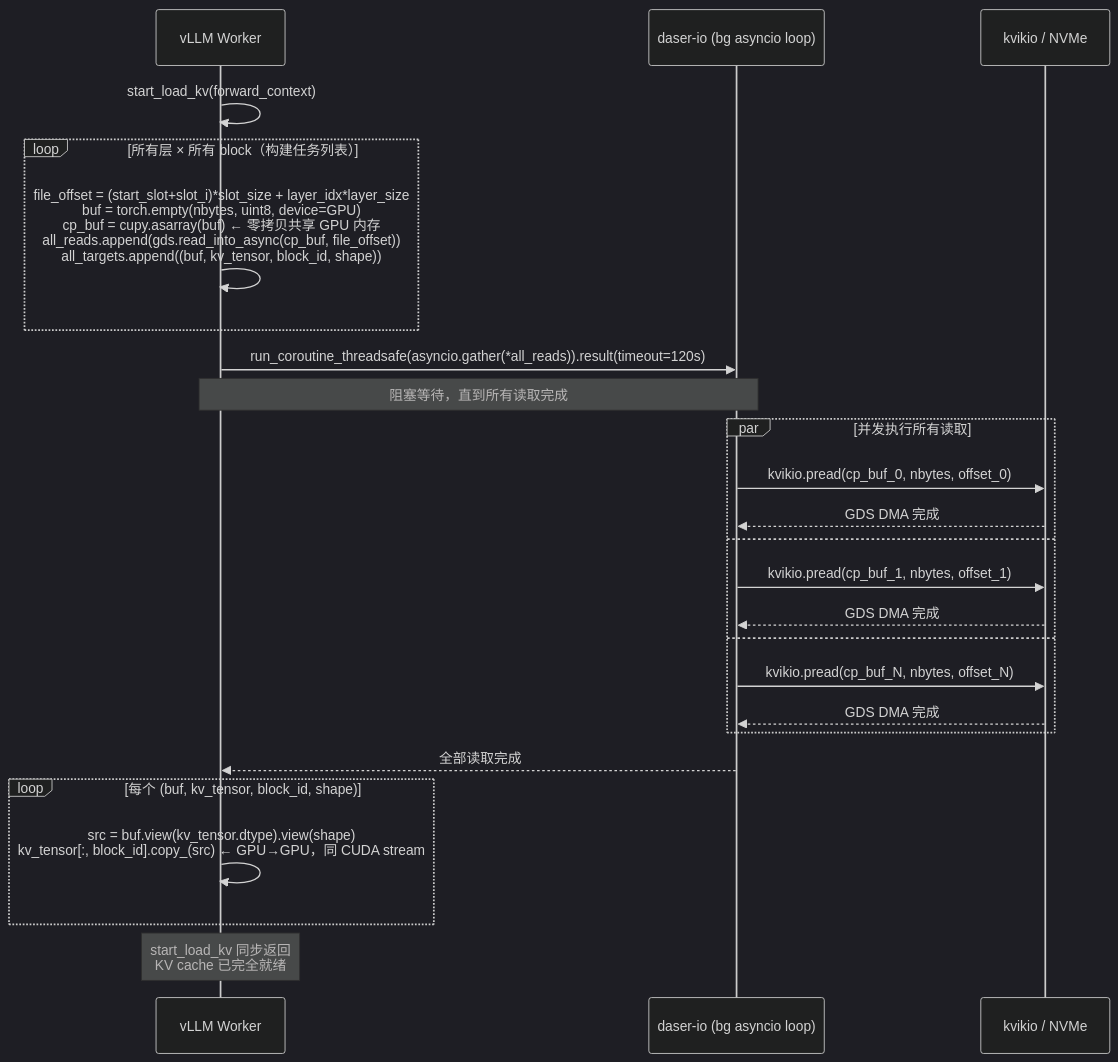
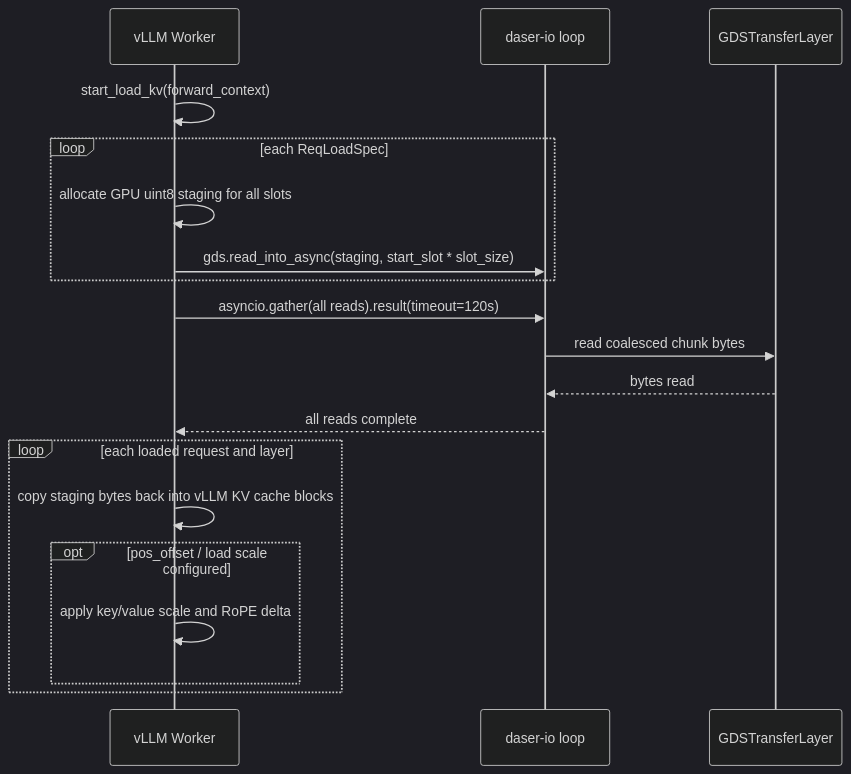
Before and after one commit to GentleCold/DaseR: the seventh of 8 diagrams in docs/design/flows.md, drawn with Mermaid (dark theme). The commit also changed other lines of this file and 53 other files, not shown here.

````diff
--- a/docs/design/flows.md
+++ b/docs/design/flows.md
@@ -129,34 +174,22 @@
 ```mermaid
 sequenceDiagram
     participant W as vLLM Worker
-    participant BG as daser-io (bg asyncio loop)
-    participant KV as kvikio / NVMe
+    participant BG as daser-io loop
+    participant GDS as GDSTransferLayer
 
     W->>W: start_load_kv(forward_context)
-
-    loop 所有层 × 所有 block（构建任务列表）
-        W->>W: file_offset = (start_slot+slot_i)*slot_size + layer_idx*layer_size<br/>buf = torch.empty(nbytes, uint8, device=GPU)<br/>cp_buf = cupy.asarray(buf)  ← 零拷贝共享 GPU 内存<br/>all_reads.append(gds.read_into_async(cp_buf, file_offset))<br/>all_targets.append((buf, kv_tensor, block_id, shape))
+    loop each ReqLoadSpec
+        W->>W: allocate GPU uint8 staging for all slots
+        W->>BG: gds.read_into_async(staging, start_slot * slot_size)
     end
-
-    W->>BG: run_coroutine_threadsafe(asyncio.gather(*all_reads)).result(timeout=120s)
-    Note over W,BG: 阻塞等待，直到所有读取完成
-
-    par 并发执行所有读取
-        BG->>KV: kvikio.pread(cp_buf_0, nbytes, offset_0)
-        KV-->>BG: GDS DMA 完成
-    and
-        BG->>KV: kvikio.pread(cp_buf_1, nbytes, offset_1)
-        KV-->>BG: GDS DMA 完成
-    and
-        BG->>KV: kvikio.pread(cp_buf_N, nbytes, offset_N)
-        KV-->>BG: GDS DMA 完成
+    W->>BG: asyncio.gather(all reads).result(timeout=120s)
+    BG->>GDS: read coalesced chunk bytes
+    GDS-->>BG: bytes read
+    BG-->>W: all reads complete
+    loop each loaded request and layer
+        W->>W: copy staging bytes back into vLLM KV cache blocks
+        opt pos_offset / load scale configured
+            W->>W: apply key/value scale and RoPE delta
+        end
     end
-
-    BG-->>W: 全部读取完成
-
-    loop 每个 (buf, kv_tensor, block_id, shape)
-        W->>W: src = buf.view(kv_tensor.dtype).view(shape)<br/>kv_tensor[:, block_id].copy_(src)  ← GPU→GPU，同 CUDA stream
-    end
-
-    Note over W: start_load_kv 同步返回<br/>KV cache 已完全就绪
 ```
````
